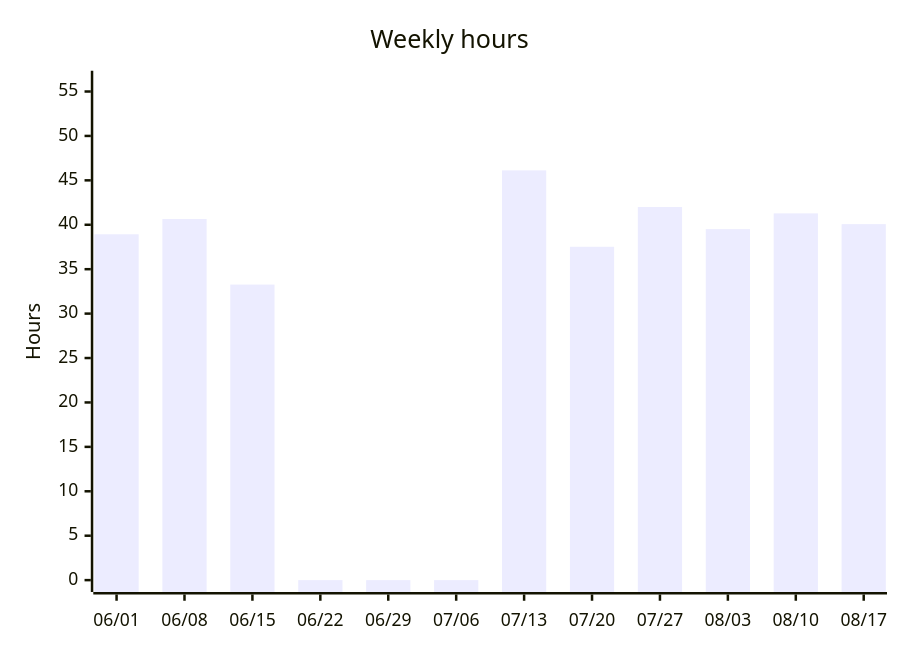
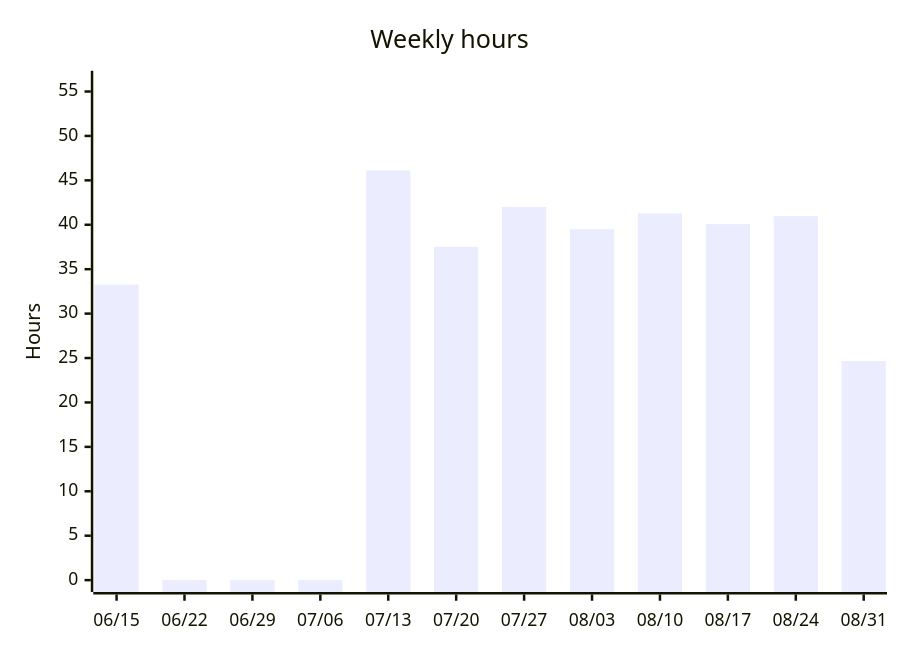
The third of 5 diagrams in README.org (albinforsberg-netizen/timeclock), drawn with Mermaid before and after one commit. The commit also changed other lines of this file, not shown here.

```diff
--- a/README.org
+++ b/README.org
@@ -108,7 +108,7 @@
 #+begin_src mermaid
 xychart-beta
     title "Weekly hours"
-    x-axis ["06/01", "06/08", "06/15", "06/22", "06/29", "07/06", "07/13", "07/20", "07/27", "08/03", "08/10", "08/17"]
+    x-axis ["06/15", "06/22", "06/29", "07/06", "07/13", "07/20", "07/27", "08/03", "08/10", "08/17", "08/24", "08/31"]
     y-axis "Hours" 0 --> 56
-    bar [38.93, 40.65, 33.27, 0.00, 0.00, 0.00, 46.12, 37.52, 42.00, 39.51, 41.28, 40.07]
+    bar [33.27, 0.00, 0.00, 0.00, 46.12, 37.52, 42.00, 39.51, 41.28, 40.07, 40.97, 24.67]
 #+end_src
```
